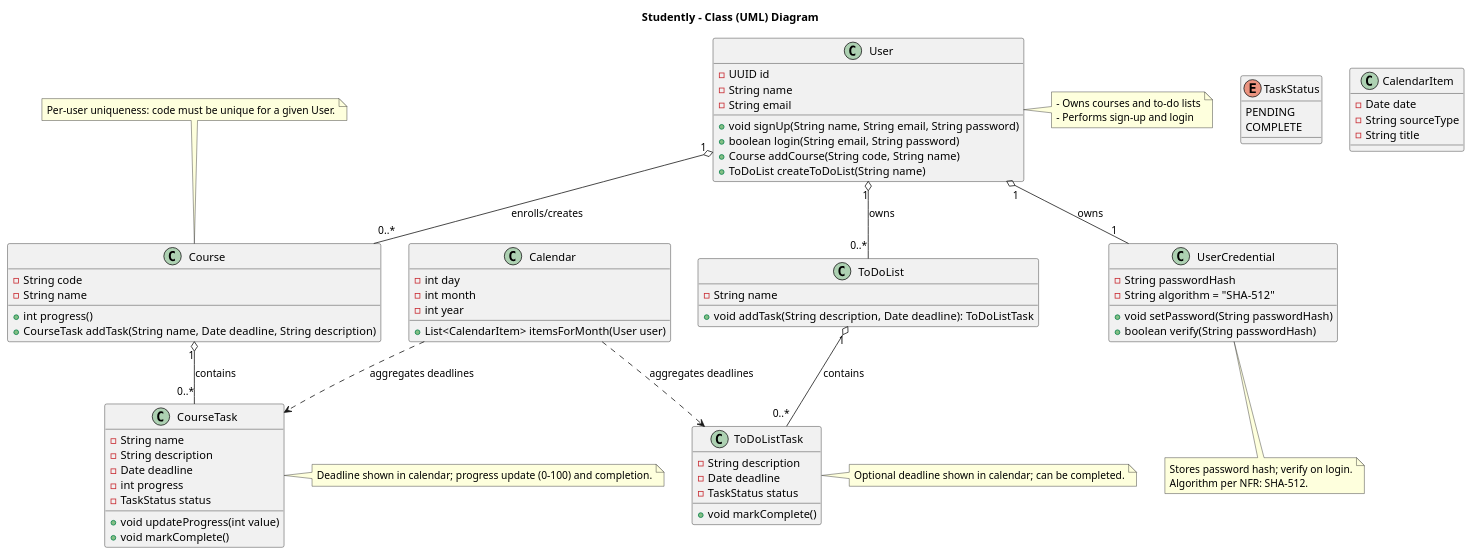
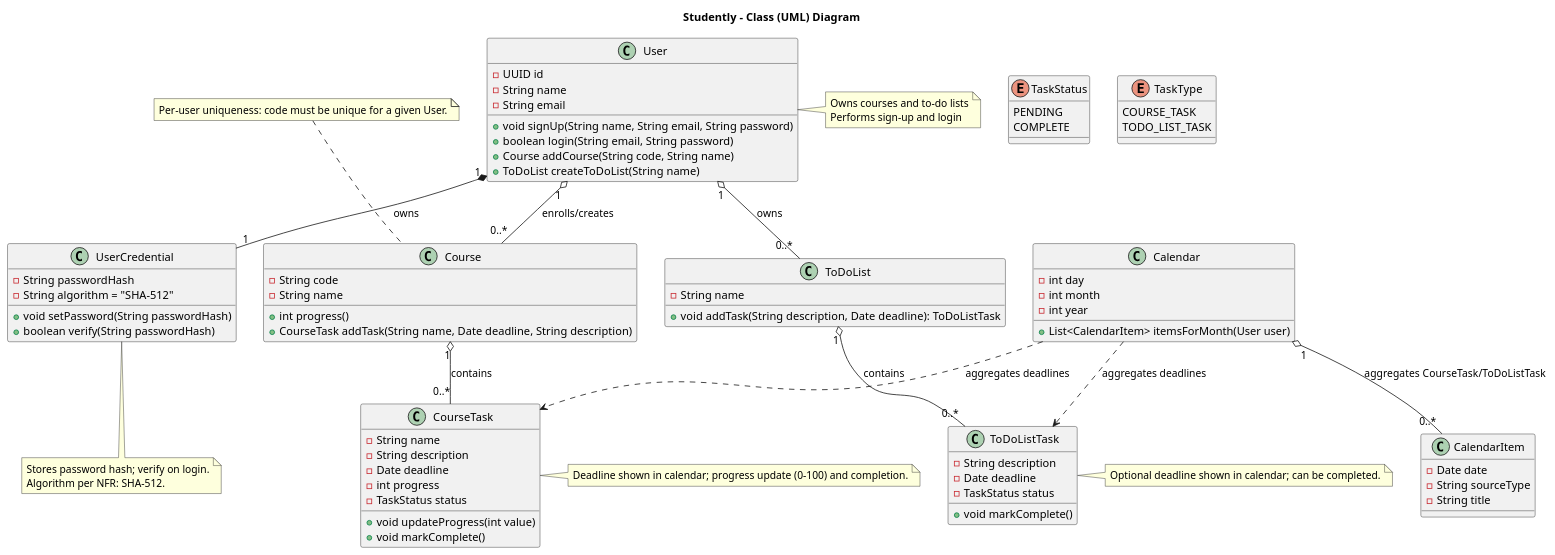
The diagram in src/com/cpp/project/uml/classuml/class-diagram.puml (talhaahmed884/Adv.SE-Semester-Project), drawn with PlantUML before and after one commit.

Commit message:
1. updated class UML

```diff
--- a/src/com/cpp/project/uml/classuml/class-diagram.puml
+++ b/src/com/cpp/project/uml/classuml/class-diagram.puml
@@ -1,108 +1,118 @@
 @startuml
 
 title Studently – Class (UML) Diagram
 
 class User {
-  - UUID id
-  - String name
-  - String email
+    - UUID id
+    - String name
+    - String email
 
-  + void signUp(String name, String email, String password)
-  + boolean login(String email, String password)
-  + Course addCourse(String code, String name)
-  + ToDoList createToDoList(String name)
+    + void signUp(String name, String email, String password)
+    + boolean login(String email, String password)
+    + Course addCourse(String code, String name)
+    + ToDoList createToDoList(String name)
 }
 
+note right of User
+    Owns courses and to-do lists
+    Performs sign-up and login
+end note
+
 class UserCredential {
-  - String passwordHash
-  - String algorithm = "SHA-512"
+    - String passwordHash
+    - String algorithm = "SHA-512"
 
-  + void setPassword(String passwordHash)
-  + boolean verify(String passwordHash)
+    + void setPassword(String passwordHash)
+    + boolean verify(String passwordHash)
 }
 
-class Course {
-  - String code
-  - String name
-
-  + int progress()
-  + CourseTask addTask(String name, Date deadline, String description)
-}
-
-class CourseTask {
-  - String name
-  - String description
-  - Date deadline
-  - int progress
-  - TaskStatus status
-
-  + void updateProgress(int value)
-  + void markComplete()
-}
-
-enum TaskStatus {
-  PENDING
-  COMPLETE
-}
-
-class ToDoList {
-  - String name
-
-  + void addTask(String description, Date deadline): ToDoListTask
-}
-
-class ToDoListTask {
-  - String description
-  - Date deadline
-  - TaskStatus status
-
-  + void markComplete()
-}
-
-class Calendar {
-  - int day
-  - int month
-  - int year
-
-  + List<CalendarItem> itemsForMonth(User user)
-}
-
-class CalendarItem {
-  - Date date
-  - String sourceType
-  - String title
-}
-
-
-User "1" o-- "1" UserCredential : owns
-User "1" o-- "0..*" Course : enrolls/creates
-Course "1" o-- "0..*" CourseTask : contains
-User "1" o-- "0..*" ToDoList : owns
-ToDoList "1" o-- "0..*" ToDoListTask : contains
-Calendar ..> CourseTask : aggregates deadlines
-Calendar ..> ToDoListTask : aggregates deadlines
-
-
-note right of User
-- Owns courses and to-do lists
-- Performs sign-up and login
+note bottom of UserCredential
+    Stores password hash; verify on login.
+    Algorithm per NFR: SHA-512.
 end note
 
-note bottom of UserCredential
-Stores password hash; verify on login.
-Algorithm per NFR: SHA-512.
-end note
+User "1" *-- "1" UserCredential : owns
+
+class Course {
+    - String code
+    - String name
+
+    + int progress()
+    + CourseTask addTask(String name, Date deadline, String description)
+}
 
 note top of Course
 Per-user uniqueness: code must be unique for a given User.
 end note
 
+User "1" o-- "0..*" Course : enrolls/creates
+
+class CourseTask {
+    - String name
+    - String description
+    - Date deadline
+    - int progress
+    - TaskStatus status
+
+    + void updateProgress(int value)
+    + void markComplete()
+}
+
 note right of CourseTask
-Deadline shown in calendar; progress update (0–100) and completion.
+    Deadline shown in calendar; progress update (0–100) and completion.
 end note
 
+Course "1" o-- "0..*" CourseTask : contains
+
+enum TaskStatus {
+    PENDING
+    COMPLETE
+}
+
+class ToDoList {
+    - String name
+
+    + void addTask(String description, Date deadline): ToDoListTask
+}
+
+User "1" o-- "0..*" ToDoList : owns
+
+class ToDoListTask {
+    - String description
+    - Date deadline
+    - TaskStatus status
+
+    + void markComplete()
+}
+
 note right of ToDoListTask
-Optional deadline shown in calendar; can be completed.
+    Optional deadline shown in calendar; can be completed.
 end note
 
+ToDoList "1" o-- "0..*" ToDoListTask : contains
+
+class Calendar {
+    - int day
+    - int month
+    - int year
+
+    + List<CalendarItem> itemsForMonth(User user)
+}
+
+Calendar ..> CourseTask : aggregates deadlines
+Calendar ..> ToDoListTask : aggregates deadlines
+
+class CalendarItem {
+    - Date date
+    - String sourceType
+    - String title
+}
+
+enum TaskType {
+    COURSE_TASK
+    TODO_LIST_TASK
+}
+
+Calendar "1" o-- "0..*" CalendarItem : aggregates CourseTask/ToDoListTask
+
 @enduml
```
